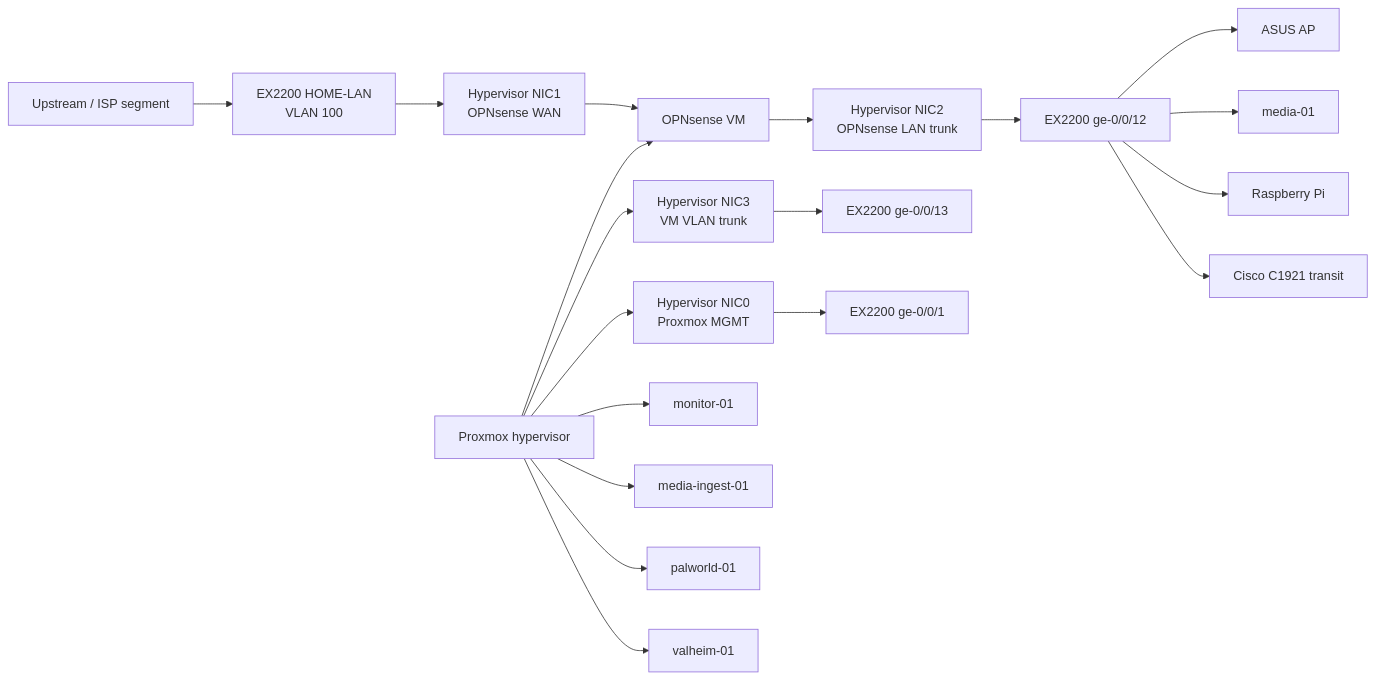
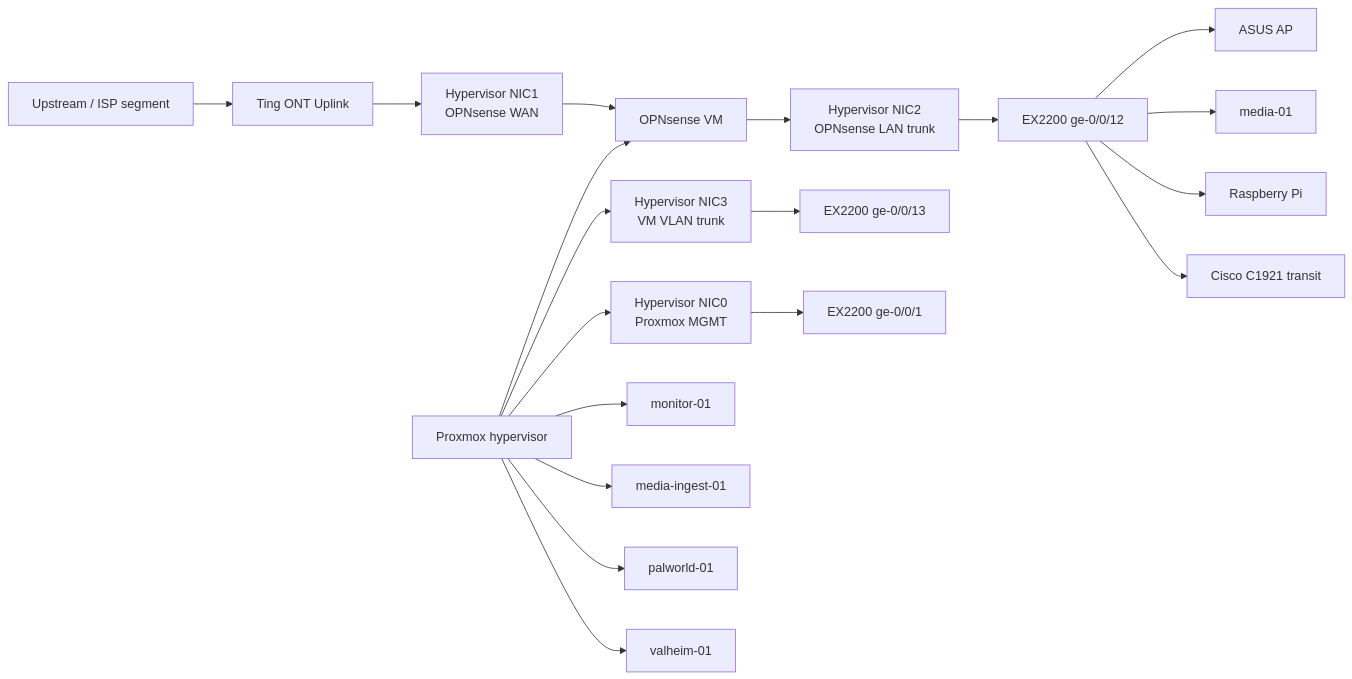
The diagram in diagrams/physical-topology.md (nicholasmbattista23/home-lab-infrastructure), drawn with Mermaid before and after one commit.

Commit message:
Update upstream segment description in topology diagram

````diff
--- a/diagrams/physical-topology.md
+++ b/diagrams/physical-topology.md
@@ -3,32 +3,31 @@
 ```mermaid
 flowchart LR
-    UPSTREAM["Upstream / ISP segment"] --> V100["EX2200 HOME-LAN
-VLAN 100"]
+    UPSTREAM["Upstream / ISP segment"] --> V100["Ting ONT Uplink"]
     V100 --> WAN["Hypervisor NIC1
 OPNsense WAN"]
 
     PVE["Proxmox hypervisor"] --> FWVM["OPNsense VM"]
     WAN --> FWVM
 
     FWVM --> LANTRUNK["Hypervisor NIC2
 OPNsense LAN trunk"]
     LANTRUNK --> EX["EX2200 ge-0/0/12"]
 
     PVE --> VMTRUNK["Hypervisor NIC3
 VM VLAN trunk"]
     VMTRUNK --> EX13["EX2200 ge-0/0/13"]
 
     PVE --> MGMTNIC["Hypervisor NIC0
 Proxmox MGMT"]
     MGMTNIC --> EX1["EX2200 ge-0/0/1"]
 
     EX --> AP["ASUS AP"]
     EX --> MEDIA["media-01"]
     EX --> PI["Raspberry Pi"]
     EX --> TRANSIT["Cisco C1921 transit"]
 
     PVE --> MON["monitor-01"]
     PVE --> INGEST["media-ingest-01"]
     PVE --> GAME1["palworld-01"]
     PVE --> GAME2["valheim-01"]
 ```
````
